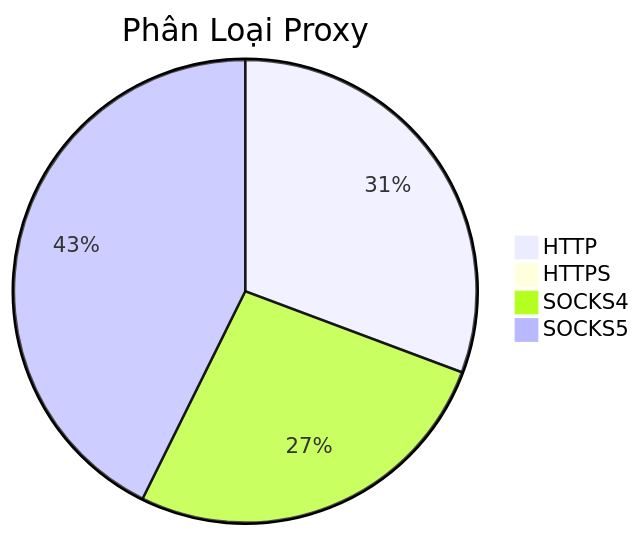
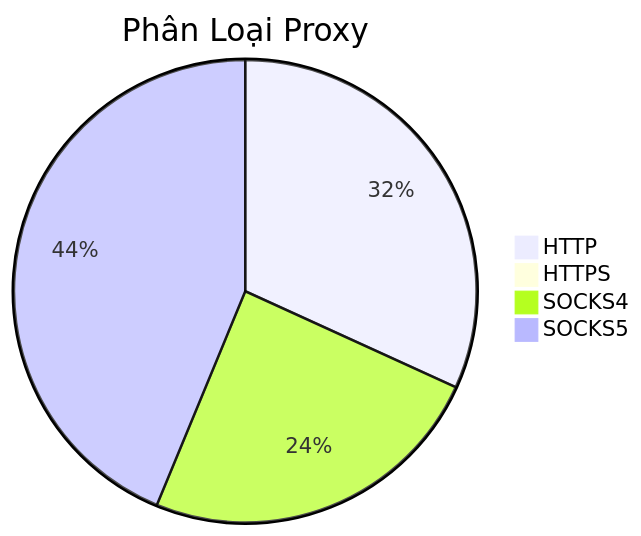
The diagram in README.md (Ciara-Aa/PROXY-free), drawn with Mermaid before and after one commit. The commit also changed other lines of this file and 3 other files, not shown here.

````diff
--- a/README.md
+++ b/README.md
@@ -26,7 +26,7 @@
 ```mermaid
 pie title Phân Loại Proxy
-    "HTTP" : 233
+    "HTTP" : 237
     "HTTPS" : 0
-    "SOCKS4" : 202
-    "SOCKS5" : 324
+    "SOCKS4" : 182
+    "SOCKS5" : 326
 ```
````
